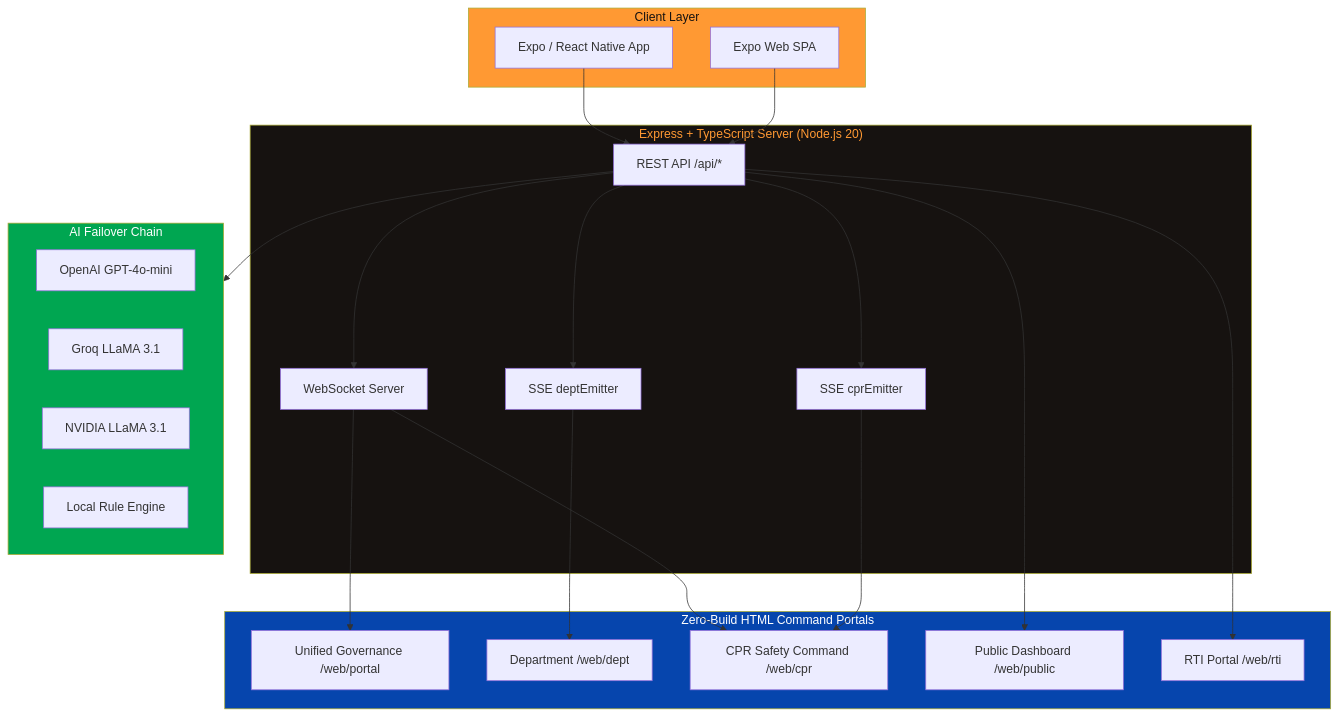
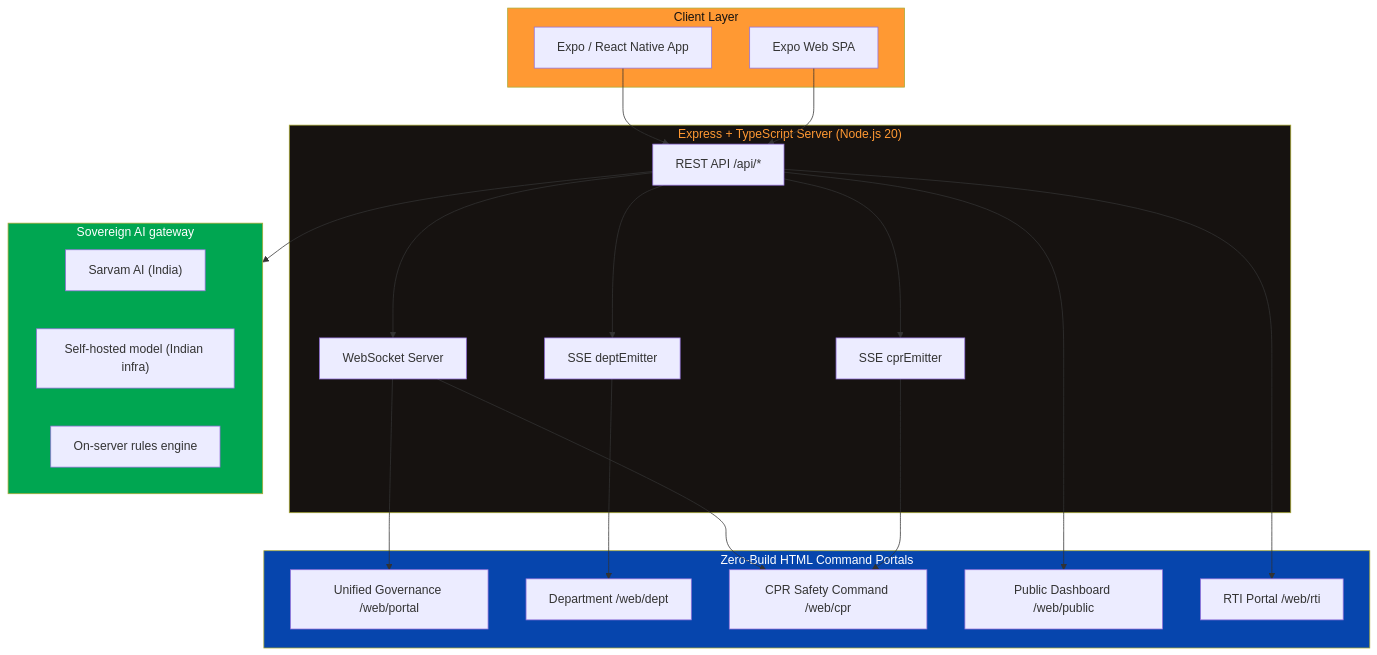
Before and after one commit to chilkotiKartik/sankalp-ai: the third of 3 diagrams in README.md, drawn with Mermaid. The commit also changed other lines of this file and 68 other files, not shown here.

````diff
--- a/README.md
+++ b/README.md
@@ -313,47 +326,46 @@
 ```mermaid
 graph TB
     subgraph Client["Client Layer"]
         Mobile["Expo / React Native App"]
         Web["Expo Web SPA"]
     end
 
     subgraph Server["Express + TypeScript Server (Node.js 20)"]
         API["REST API /api/*"]
         WS["WebSocket Server"]
         SSE1["SSE deptEmitter"]
         SSE2["SSE cprEmitter"]
     end
 
     subgraph Portals["Zero-Build HTML Command Portals"]
         Portal["Unified Governance /web/portal"]
         Dept["Department /web/dept"]
         CPR["CPR Safety Command /web/cpr"]
         Public["Public Dashboard /web/public"]
         RTI["RTI Portal /web/rti"]
     end
 
-    subgraph AI["AI Failover Chain"]
-        OpenAI["OpenAI GPT-4o-mini"]
-        Groq["Groq LLaMA 3.1"]
-        Nvidia["NVIDIA LLaMA 3.1"]
-        Local["Local Rule Engine"]
+    subgraph AI["Sovereign AI gateway"]
+        Sarvam["Sarvam AI (India)"]
+        SelfHosted["Self-hosted model (Indian infra)"]
+        Rules["On-server rules engine"]
     end
 
     Mobile --> API
     Web --> API
     API --> WS
     API --> SSE1
     API --> SSE2
     API --> AI
     WS --> Portal
     WS --> CPR
     SSE1 --> Dept
     SSE2 --> CPR
     API --> Public
     API --> RTI
 
     style Client fill:#FF9933,color:#161210
     style Server fill:#161210,color:#FF9933
     style AI fill:#00A651,color:#fff
     style Portals fill:#0645AD,color:#fff
 ```
````
